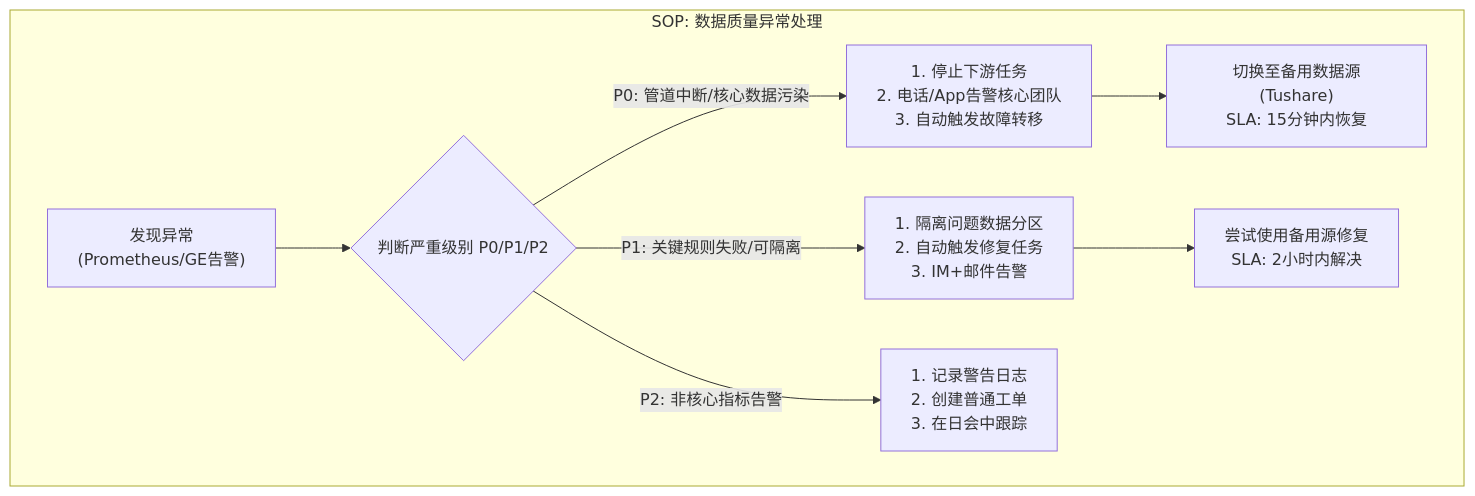
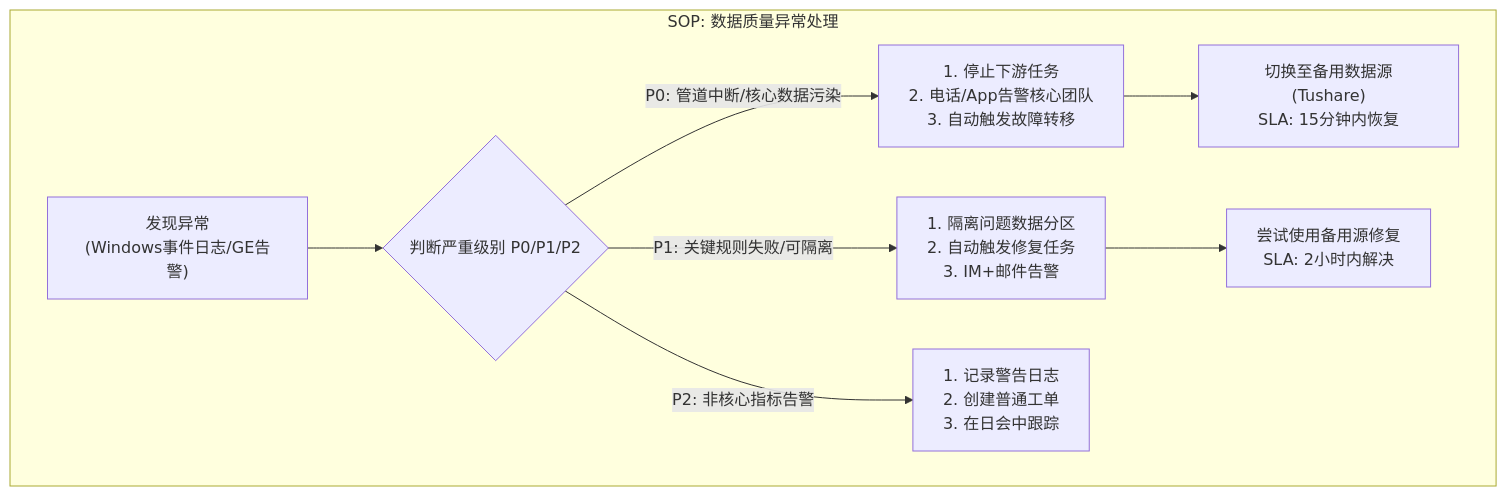
The third of 3 diagrams in argus-doc/data_governance_and_dictionary.md (jiaenyue/project-argus-qmt-agent), drawn with Mermaid before and after one commit. The commit also changed other lines of this file and 340 other files, not shown here.

````diff
--- a/argus-doc/data_governance_and_dictionary.md
+++ b/argus-doc/data_governance_and_dictionary.md
@@ -167,12 +167,12 @@
 ```mermaid
 graph TB
     subgraph "SOP: 数据质量异常处理"
-        A["发现异常<br>(Prometheus/GE告警)"] --> B{"判断严重级别 P0/P1/P2"}
+        A["发现异常<br>(Windows事件日志/GE告警)"] --> B{"判断严重级别 P0/P1/P2"}
         B --"P0: 管道中断/核心数据污染"--> C["1. 停止下游任务<br>2. 电话/App告警核心团队<br>3. 自动触发故障转移"]
         B --"P1: 关键规则失败/可隔离"--> D["1. 隔离问题数据分区<br>2. 自动触发修复任务<br>3. IM+邮件告警"]
         B --"P2: 非核心指标告警"--> E["1. 记录警告日志<br>2. 创建普通工单<br>3. 在日会中跟踪"]
         
         C --> F["切换至备用数据源(Tushare)<br>SLA: 15分钟内恢复"]
         D --> G["尝试使用备用源修复<br>SLA: 2小时内解决"]
     end
 ```
````
